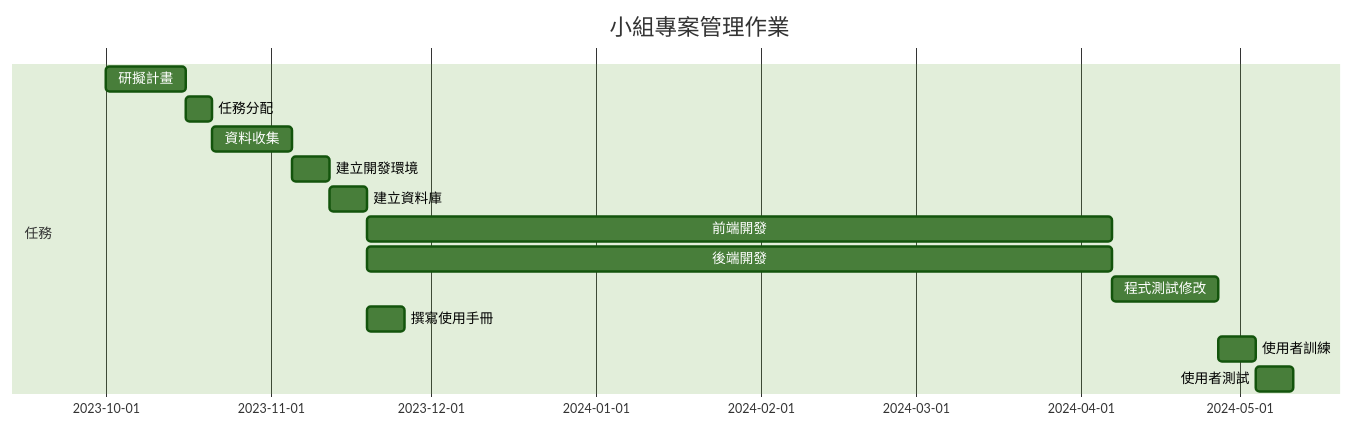
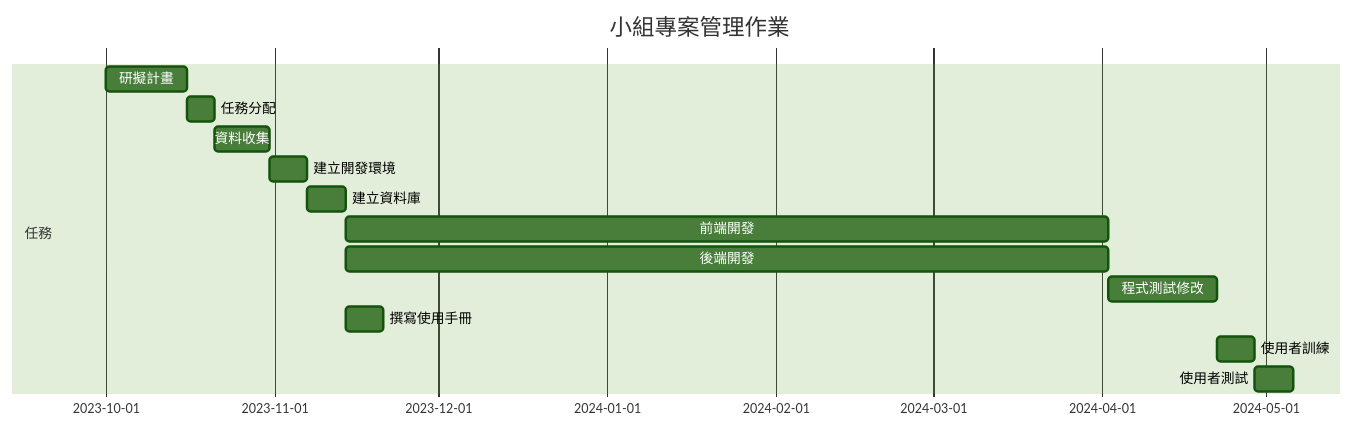
The diagram in group-hw2.md (Xuan730/T5), drawn with Mermaid (forest theme) before and after one commit.

````diff
--- a/group-hw2.md
+++ b/group-hw2.md
@@ -7,17 +7,17 @@
 ```mermaid
 gantt
     title 小組專案管理作業
 
     section 任務
     研擬計畫 :a1, 2023-10-01, 15d
     任務分配 :a2, after a1, 5d
-    資料收集 :a3, after a2 , 15d
+    資料收集 :a3, after a2 , 10d
     建立開發環境 :a4, after a3, 7d
     建立資料庫 :a5, after a4, 7d
     前端開發:a6,after a5, 140d
     後端開發:a7, after a5, 140d
     程式測試修改 :a8, after a6、a7, 20d
     撰寫使用手冊 :a9, after a5, 7d
     使用者訓練 :a10, after a8, 7d
     使用者測試 : a11, after a10, 7d
 ```
````
